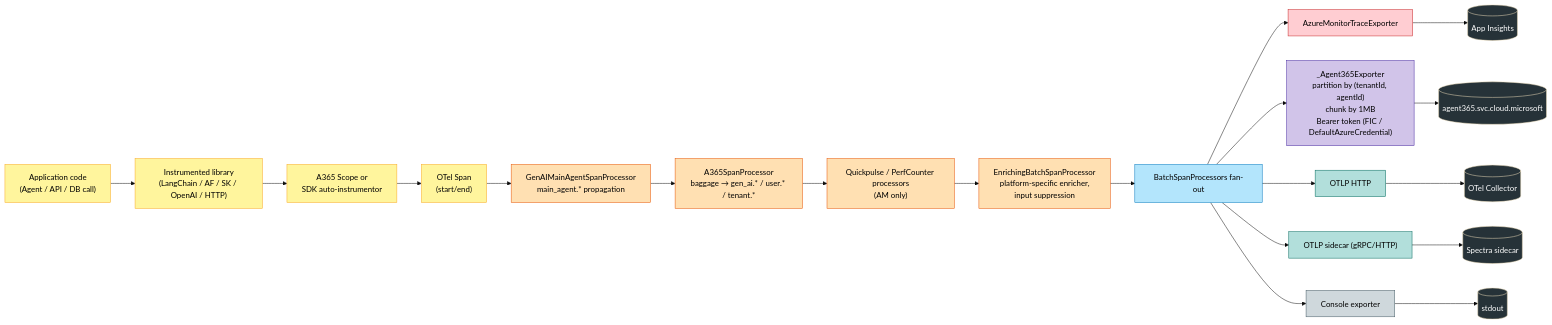
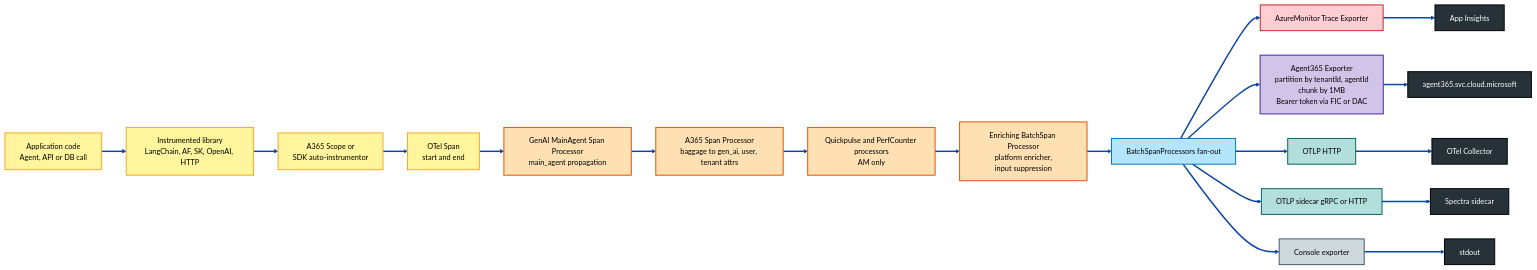
One commit to ganga1980/opentelemetry-distro-python changed the fourth of 10 diagrams in Architecture.md. Above: the diagram before and after it, drawn with Mermaid. The commit also changed other lines of this file, not shown here.

````diff
--- a/Architecture.md
+++ b/Architecture.md
@@ -325,44 +344,57 @@
 ```mermaid
-%%{init:{'theme':'base','themeVariables':{'fontFamily':'Segoe UI'}}}%%
+%%{init: {"theme":"base","themeVariables":{"fontFamily":"Segoe UI","fontSize":"15px","lineColor":"#0D47A1","edgeLabelBackground":"#FFFFFF","primaryTextColor":"#000000"}}}%%
 flowchart LR
-    classDef src fill:#FFF59D,stroke:#F9A825,color:#000
-    classDef enrich fill:#FFE0B2,stroke:#E65100,color:#000
-    classDef batch fill:#B3E5FC,stroke:#0277BD,color:#000
-    classDef expAM fill:#FFCDD2,stroke:#C62828,color:#000
-    classDef expA365 fill:#D1C4E9,stroke:#4527A0,color:#000
-    classDef expOTLP fill:#B2DFDB,stroke:#00695C,color:#000
-    classDef expCon fill:#CFD8DC,stroke:#455A64,color:#000
-    classDef be fill:#263238,color:#FFF
+    classDef src fill:#FFF59D,stroke:#F9A825,stroke-width:2px,color:#000
+    classDef enrich fill:#FFE0B2,stroke:#E65100,stroke-width:2px,color:#000
+    classDef batch fill:#B3E5FC,stroke:#0277BD,stroke-width:2px,color:#000
+    classDef expAM fill:#FFCDD2,stroke:#C62828,stroke-width:2px,color:#000
+    classDef expA365 fill:#D1C4E9,stroke:#4527A0,stroke-width:2px,color:#000
+    classDef expOTLP fill:#B2DFDB,stroke:#00695C,stroke-width:2px,color:#000
+    classDef expCon fill:#CFD8DC,stroke:#455A64,stroke-width:2px,color:#000
+    classDef be fill:#263238,stroke:#000,stroke-width:2px,color:#FFF
 
-    App["Application code<br/>(Agent / API / DB call)"]:::src
-    Lib["Instrumented library<br/>(LangChain / AF / SK / OpenAI / HTTP)"]:::src
+    App["Application code<br/>Agent, API or DB call"]:::src
+    Lib["Instrumented library<br/>LangChain, AF, SK, OpenAI, HTTP"]:::src
     Scope["A365 Scope or<br/>SDK auto-instrumentor"]:::src
-    Span["OTel Span<br/>(start/end)"]:::src
+    Span["OTel Span<br/>start and end"]:::src
 
-    P1["GenAIMainAgentSpanProcessor<br/>main_agent.* propagation"]:::enrich
-    P2["A365SpanProcessor<br/>baggage → gen_ai.* / user.* / tenant.*"]:::enrich
-    P3["Quickpulse / PerfCounter processors<br/>(AM only)"]:::enrich
-    P4["EnrichingBatchSpanProcessor<br/>platform-specific enricher,<br/>input suppression"]:::enrich
+    P1["GenAI MainAgent Span Processor<br/>main_agent propagation"]:::enrich
+    P2["A365 Span Processor<br/>baggage to gen_ai, user, tenant attrs"]:::enrich
+    P3["Quickpulse and PerfCounter processors<br/>AM only"]:::enrich
+    P4["Enriching BatchSpan Processor<br/>platform enricher,<br/>input suppression"]:::enrich
 
     Batch["BatchSpanProcessors fan-out"]:::batch
 
-    AME["AzureMonitorTraceExporter"]:::expAM
-    A365E["_Agent365Exporter<br/>partition by (tenantId, agentId)<br/>chunk by 1MB<br/>Bearer token (FIC / DefaultAzureCredential)"]:::expA365
+    AME["AzureMonitor Trace Exporter"]:::expAM
+    A365E["Agent365 Exporter<br/>partition by tenantId, agentId<br/>chunk by 1MB<br/>Bearer token via FIC or DAC"]:::expA365
     OTLPE["OTLP HTTP"]:::expOTLP
-    SpecE["OTLP sidecar (gRPC/HTTP)"]:::expOTLP
+    SpecE["OTLP sidecar gRPC or HTTP"]:::expOTLP
     ConE["Console exporter"]:::expCon
 
-    AI[("App Insights")]:::be
-    A365B[("agent365.svc.cloud.microsoft")]:::be
-    Coll[("OTel Collector")]:::be
-    Sidecar[("Spectra sidecar")]:::be
-    Out[(stdout)]:::be
+    AI["App Insights"]:::be
+    A365B["agent365.svc.cloud.microsoft"]:::be
+    Coll["OTel Collector"]:::be
+    Sidecar["Spectra sidecar"]:::be
+    Out["stdout"]:::be
 
-    App --> Lib --> Scope --> Span
-    Span --> P1 --> P2 --> P3 --> P4 --> Batch
-    Batch --> AME --> AI
-    Batch --> A365E --> A365B
-    Batch --> OTLPE --> Coll
-    Batch --> SpecE --> Sidecar
-    Batch --> ConE --> Out
+    App ==> Lib
+    Lib ==> Scope
+    Scope ==> Span
+    Span ==> P1
+    P1 ==> P2
+    P2 ==> P3
+    P3 ==> P4
+    P4 ==> Batch
+    Batch ==> AME
+    AME ==> AI
+    Batch ==> A365E
+    A365E ==> A365B
+    Batch ==> OTLPE
+    OTLPE ==> Coll
+    Batch ==> SpecE
+    SpecE ==> Sidecar
+    Batch ==> ConE
+    ConE ==> Out
+
+    linkStyle default stroke:#0D47A1,stroke-width:3px,fill:none
 ```
````
